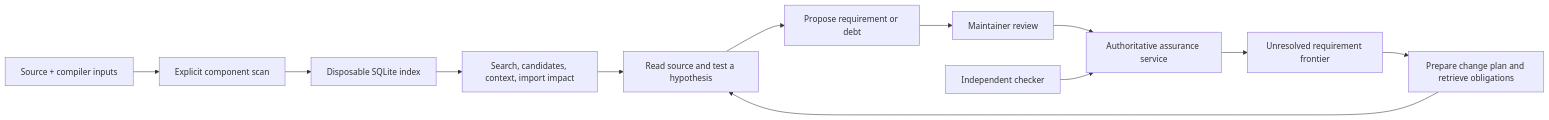
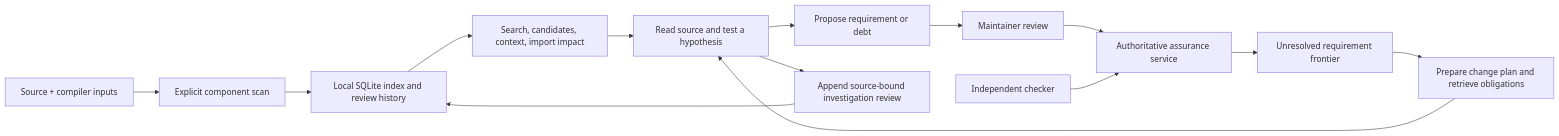
One commit to yshaaban/assurance-memory changed the first of 2 diagrams in docs/CONCEPTS.md. Above: the diagram before and after it, drawn with Mermaid. The commit also changed other lines of this file and 28 other files, not shown here.

````diff
--- a/docs/CONCEPTS.md
+++ b/docs/CONCEPTS.md
@@ -9,14 +9,16 @@
 ```mermaid
 flowchart LR
     Code["Source + compiler inputs"] --> Scan["Explicit component scan"]
-    Scan --> Local["Disposable SQLite index"]
+    Scan --> Local["Local SQLite index and review history"]
     Local --> Inspect["Search, candidates, context, import impact"]
     Inspect --> Hypothesis["Read source and test a hypothesis"]
     Hypothesis --> Proposal["Propose requirement or debt"]
+    Hypothesis --> Note["Append source-bound investigation review"]
+    Note --> Local
     Proposal --> Review["Maintainer review"]
     Review --> Kernel["Authoritative assurance service"]
     Runner["Independent checker"] --> Kernel
     Kernel --> Frontier["Unresolved requirement frontier"]
     Frontier --> Plan["Prepare change plan and retrieve obligations"]
     Plan --> Hypothesis
 ```
````
